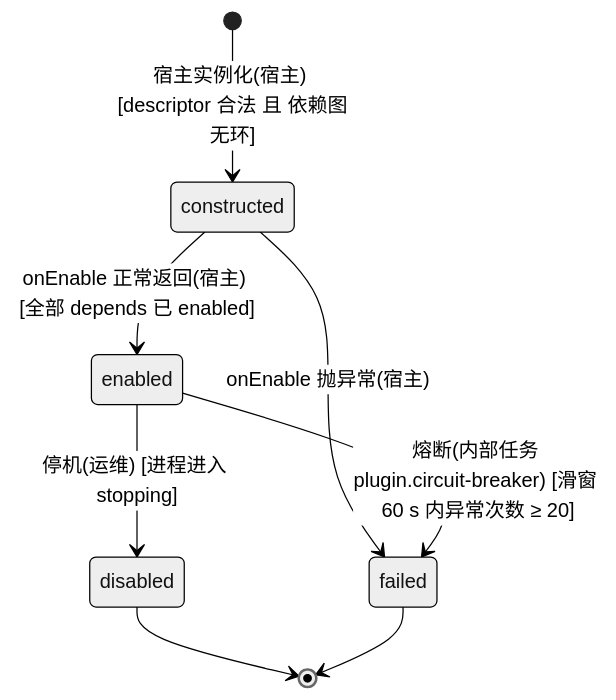
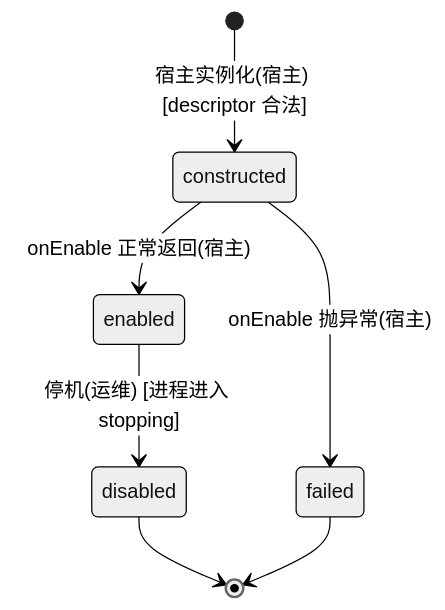
One commit to Bearisbug/synaxis changed the fourth of 9 diagrams in docs/DESIGN-M2.md. Above: the diagram before and after it, drawn with Mermaid (neutral theme). The commit also changed other lines of this file and 1 other file, not shown here.

````diff
--- a/docs/DESIGN-M2.md
+++ b/docs/DESIGN-M2.md
@@ -477,10 +472,9 @@
 ```mermaid
 stateDiagram-v2
-  [*] --> constructed : 宿主实例化(宿主) [descriptor 合法 且 依赖图无环]
-  constructed --> enabled : onEnable 正常返回(宿主) [全部 depends 已 enabled]
+  [*] --> constructed : 宿主实例化(宿主) [descriptor 合法]
+  constructed --> enabled : onEnable 正常返回(宿主)
   constructed --> failed : onEnable 抛异常(宿主)
-  enabled --> failed : 熔断(内部任务 plugin.circuit-breaker) [滑窗 60 s 内异常次数 ≥ 20]
   enabled --> disabled : 停机(运维) [进程进入 stopping]
   disabled --> [*]
   failed --> [*]
 ```
````
